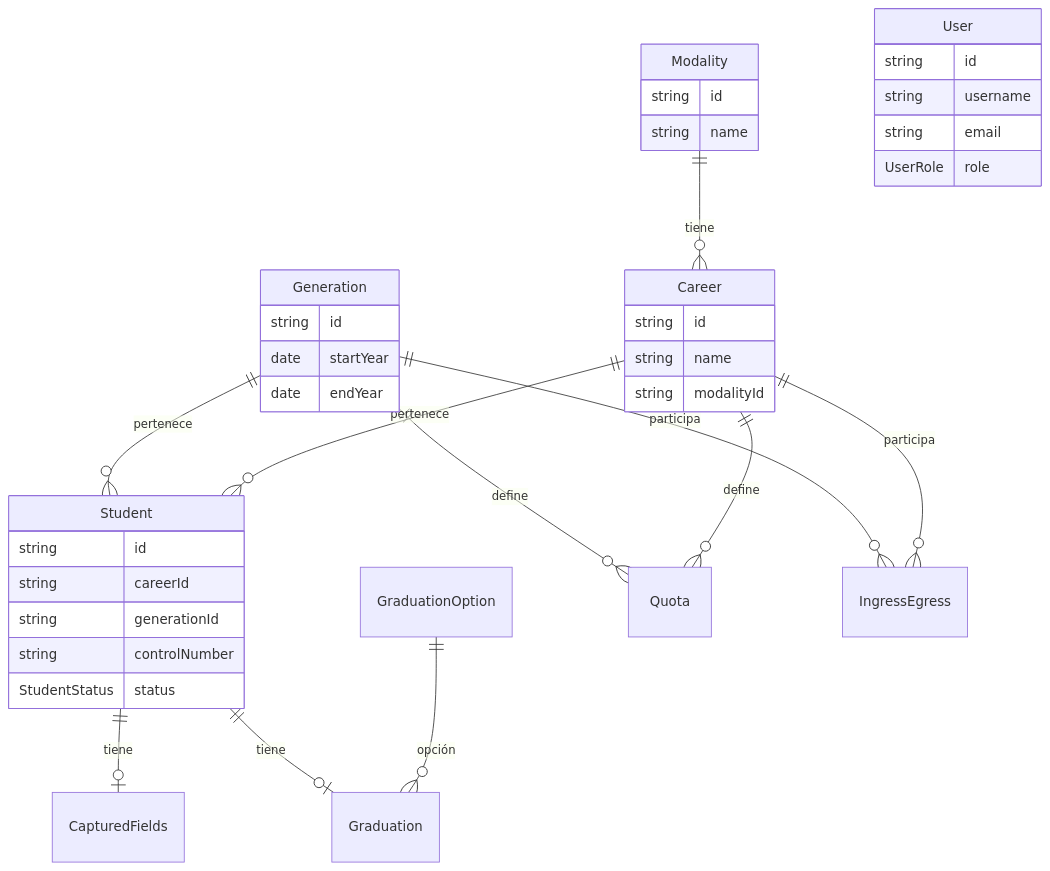
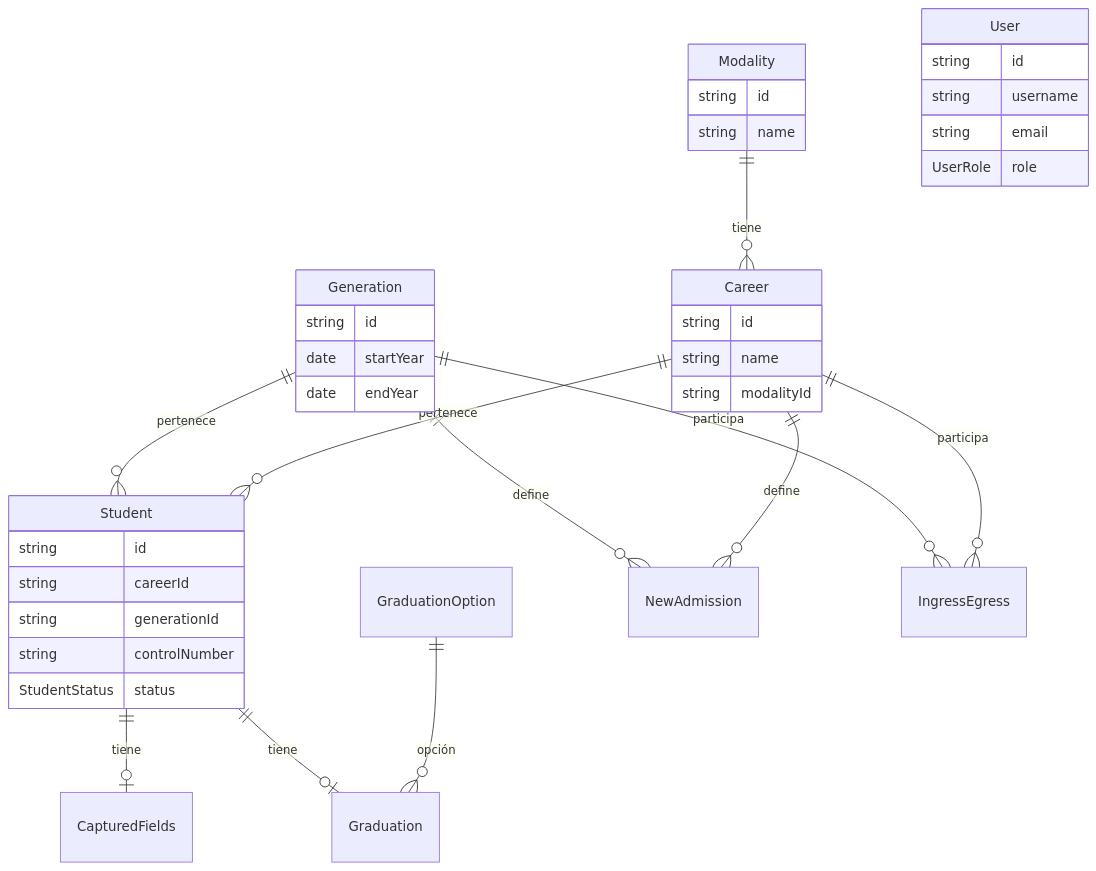
Before and after one commit to Mario-jesus/sistema-titulacion: the second of 3 diagrams in libs/frontend/entities/README.md, drawn with Mermaid. The commit also changed other lines of this file and 61 other files, not shown here.

````diff
--- a/libs/frontend/entities/README.md
+++ b/libs/frontend/entities/README.md
@@ -146,45 +146,45 @@
 ```mermaid
 erDiagram
   Modality ||--o{ Career : "tiene"
   Generation ||--o{ Student : "pertenece"
   Career ||--o{ Student : "pertenece"
   Student ||--o| CapturedFields : "tiene"
   Student ||--o| Graduation : "tiene"
   GraduationOption ||--o{ Graduation : "opción"
-  Generation ||--o{ Quota : "define"
-  Career ||--o{ Quota : "define"
+  Generation ||--o{ NewAdmission : "define"
+  Career ||--o{ NewAdmission : "define"
   Generation ||--o{ IngressEgress : "participa"
   Career ||--o{ IngressEgress : "participa"
 
   User {
     string id
     string username
     string email
     UserRole role
   }
 
   Student {
     string id
     string careerId
     string generationId
     string controlNumber
     StudentStatus status
   }
 
   Career {
     string id
     string name
     string modalityId
   }
 
   Modality {
     string id
     string name
   }
 
   Generation {
     string id
     date startYear
     date endYear
   }
 ```
````
